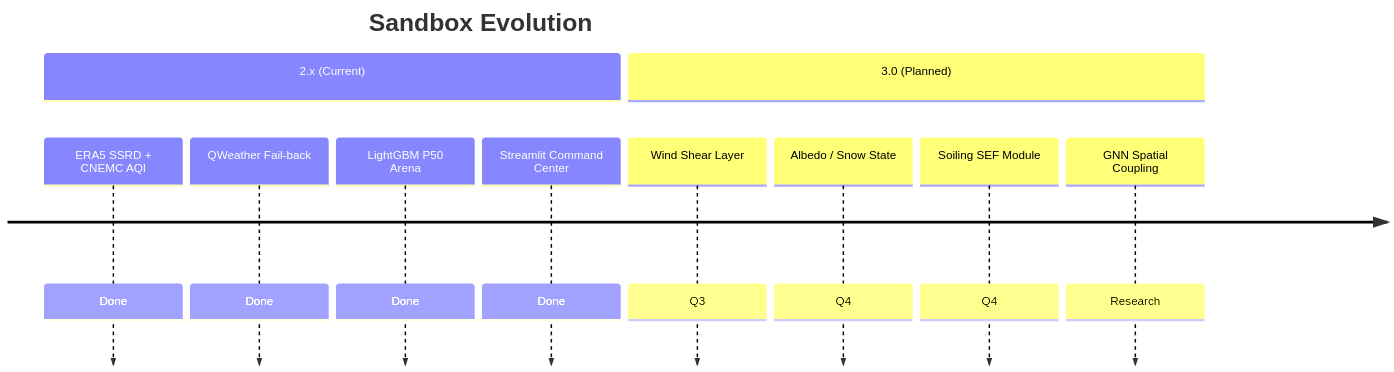
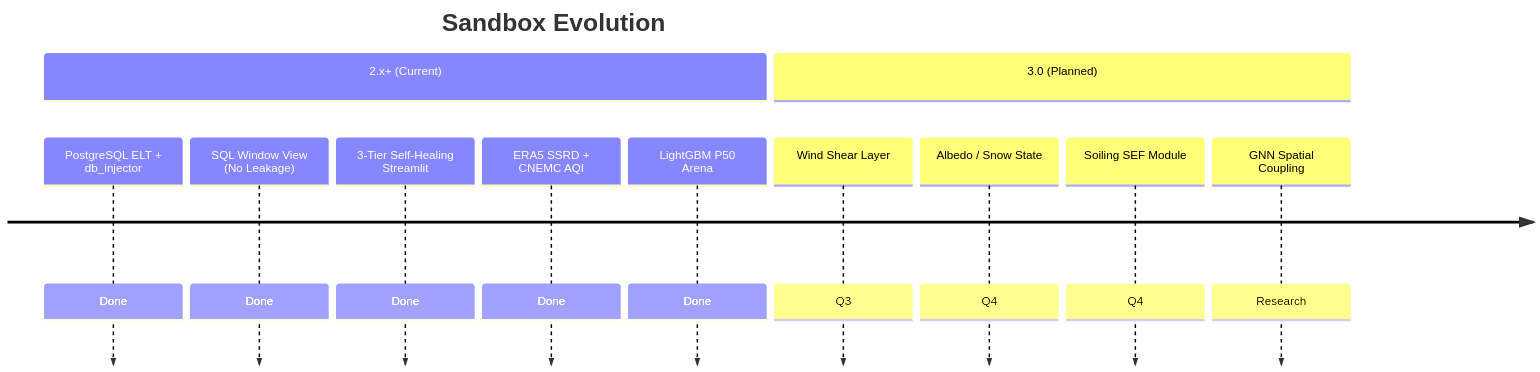
The third of 3 diagrams in README.md (caolei0830/AI-Power-Market-Environment-Quant-Sandbox), drawn with Mermaid before and after one commit. The commit also changed other lines of this file, not shown here.

Commit message:
docs: 深度追加 PostgreSQL 关系型 Schema、SQL 窗口函数防泄露机制与三级容灾架构技术文档

````diff
--- a/README.md
+++ b/README.md
@@ -225,14 +401,15 @@
 ```mermaid
 timeline
     title Sandbox Evolution
-    section 2.x (Current)
+    section 2.x+ (Current)
+        PostgreSQL ELT + db_injector : Done
+        SQL Window View (No Leakage) : Done
+        3-Tier Self-Healing Streamlit : Done
         ERA5 SSRD + CNEMC AQI : Done
-        QWeather Fail-back : Done
         LightGBM P50 Arena : Done
-        Streamlit Command Center : Done
     section 3.0 (Planned)
         Wind Shear Layer : Q3
         Albedo / Snow State : Q4
         Soiling SEF Module : Q4
         GNN Spatial Coupling : Research
 ```
````
